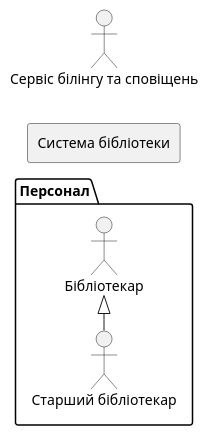
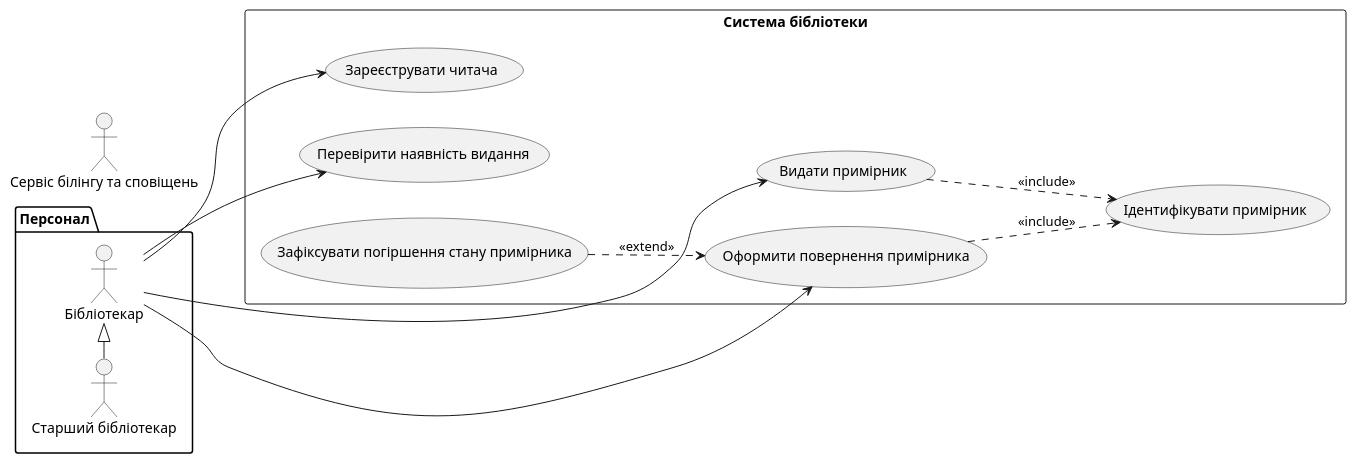
One commit to matveivadimovih-cell/mavpzlabs changed the diagram in lab2/diagrams/use-case.puml. Above: the diagram before and after it, drawn with PlantUML.

Commit message:
feat(use-case): додати use case актора Бібліотекаря

```diff
--- a/lab2/diagrams/use-case.puml
+++ b/lab2/diagrams/use-case.puml
@@ -1,17 +1,31 @@
 @startuml
 left to right direction
 
 package "Персонал"{
     actor "Бібліотекар" as lib
     actor "Старший бібліотекар" as sLib 
 }
 
 actor "Сервіс білінгу та сповіщень" as bil
 
 sLib -|> lib 
 
 rectangle "Система бібліотеки"{
-
+    usecase "Зареєструвати читача" as UCRegister
+    usecase "Ідентифікувати примірник" as UCIdentifyCopy
+    usecase "Перевірити наявність видання" as UCFindPublication
+    usecase "Видати примірник" as UCIssue
+    usecase "Оформити повернення примірника" as UCTake
+    usecase "Зафіксувати погіршення стану примірника" as UCRecord
 }
 
+lib --> UCIssue
+lib --> UCTake
+lib --> UCFindPublication
+lib --> UCRegister
+
+UCRecord ..> UCTake : <<extend>>
+UCIssue ..> UCIdentifyCopy : <<include>>
+UCTake ..> UCIdentifyCopy : <<include>>
+
 @enduml
```
